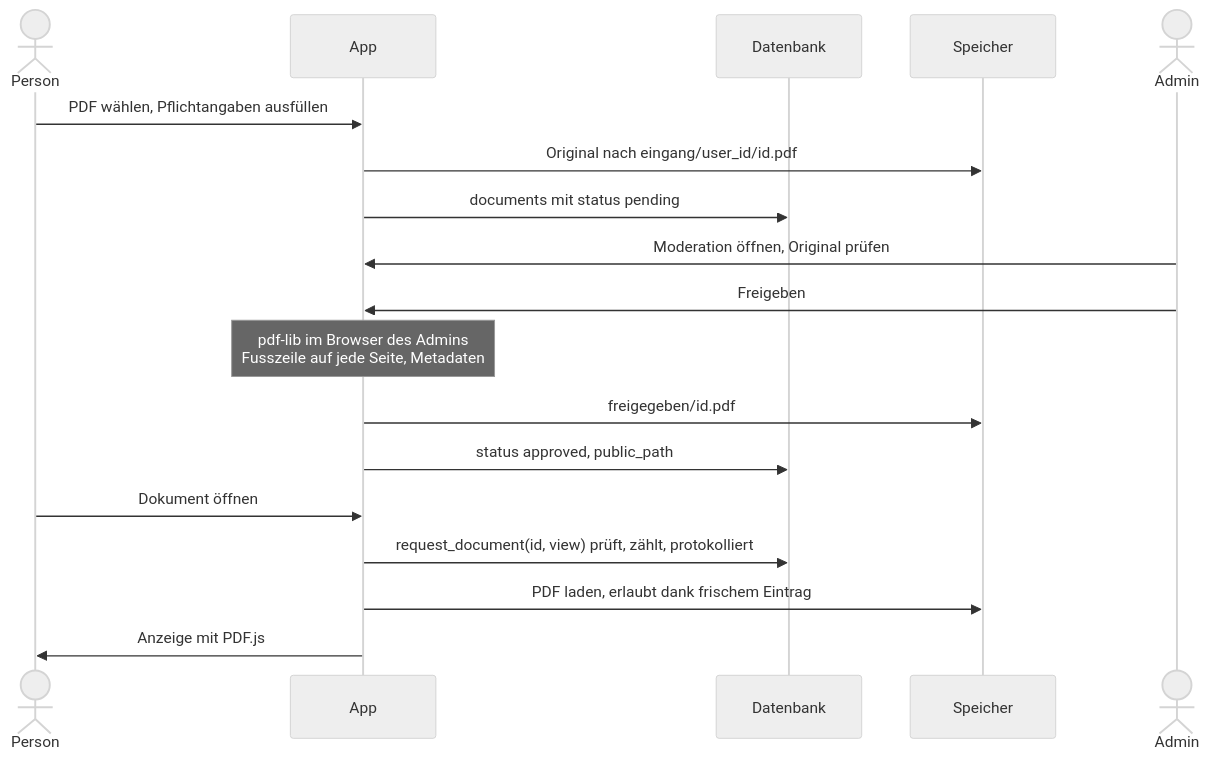
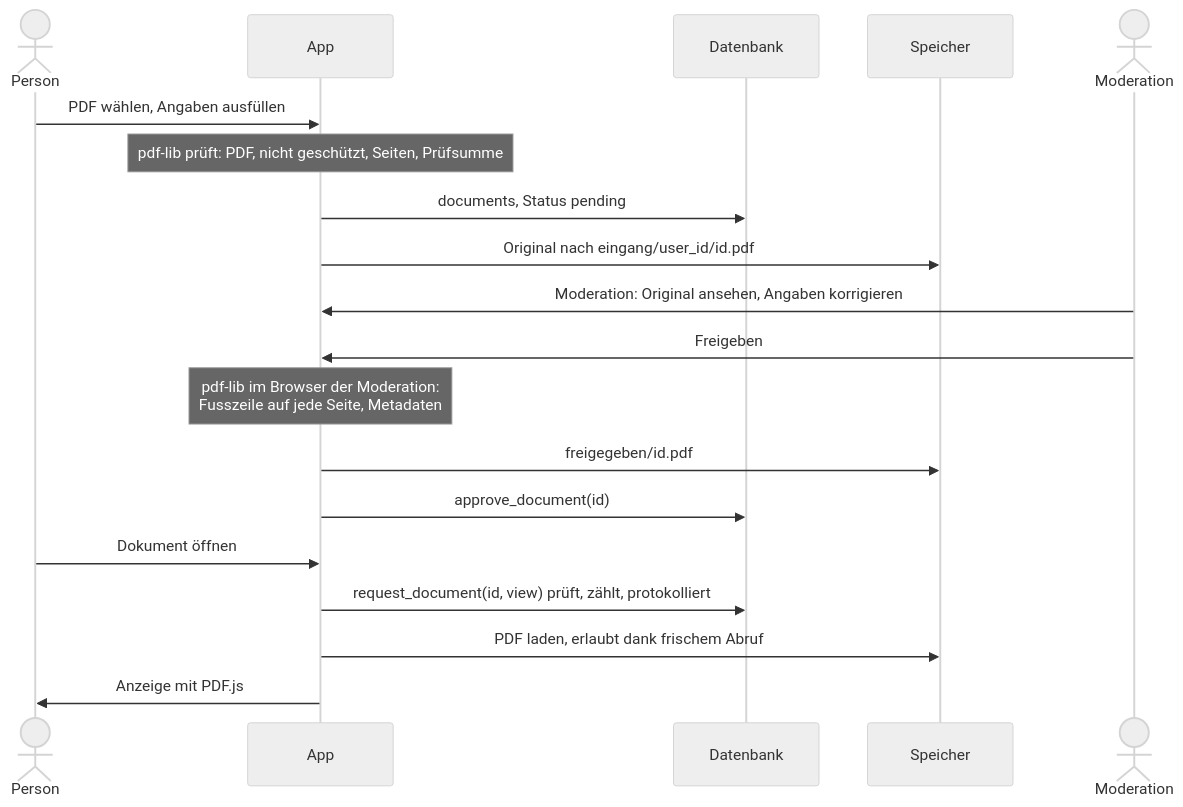
The third of 3 diagrams in docs/ARCHITEKTUR.md (simonbruder-hub/study-hub), drawn with Mermaid (neutral theme) before and after one commit. The commit also changed other lines of this file and 5 other files, not shown here.

````diff
--- a/docs/ARCHITEKTUR.md
+++ b/docs/ARCHITEKTUR.md
@@ -268,20 +290,21 @@
 ```mermaid
 sequenceDiagram
   actor P as Person
   participant App
   participant DB as Datenbank
   participant ST as Speicher
-  actor A as Admin
-  P->>App: PDF wählen, Pflichtangaben ausfüllen
+  actor M as Moderation
+  P->>App: PDF wählen, Angaben ausfüllen
+  Note over App: pdf-lib prüft: PDF, nicht geschützt, Seiten, Prüfsumme
+  App->>DB: documents, Status pending
   App->>ST: Original nach eingang/user_id/id.pdf
-  App->>DB: documents mit status pending
-  A->>App: Moderation öffnen, Original prüfen
-  A->>App: Freigeben
-  Note over App: pdf-lib im Browser des Admins<br/>Fusszeile auf jede Seite, Metadaten
+  M->>App: Moderation: Original ansehen, Angaben korrigieren
+  M->>App: Freigeben
+  Note over App: pdf-lib im Browser der Moderation:<br/>Fusszeile auf jede Seite, Metadaten
   App->>ST: freigegeben/id.pdf
-  App->>DB: status approved, public_path
+  App->>DB: approve_document(id)
   P->>App: Dokument öffnen
   App->>DB: request_document(id, view) prüft, zählt, protokolliert
-  App->>ST: PDF laden, erlaubt dank frischem Eintrag
+  App->>ST: PDF laden, erlaubt dank frischem Abruf
   App->>P: Anzeige mit PDF.js
 ```
````
